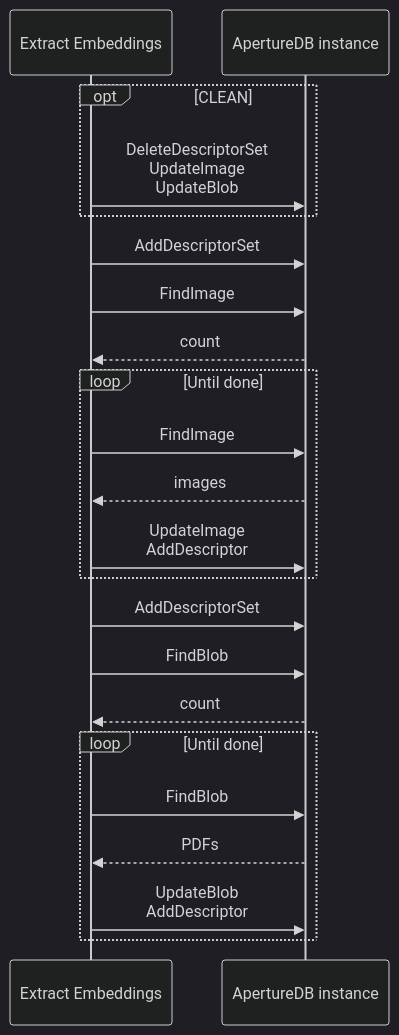
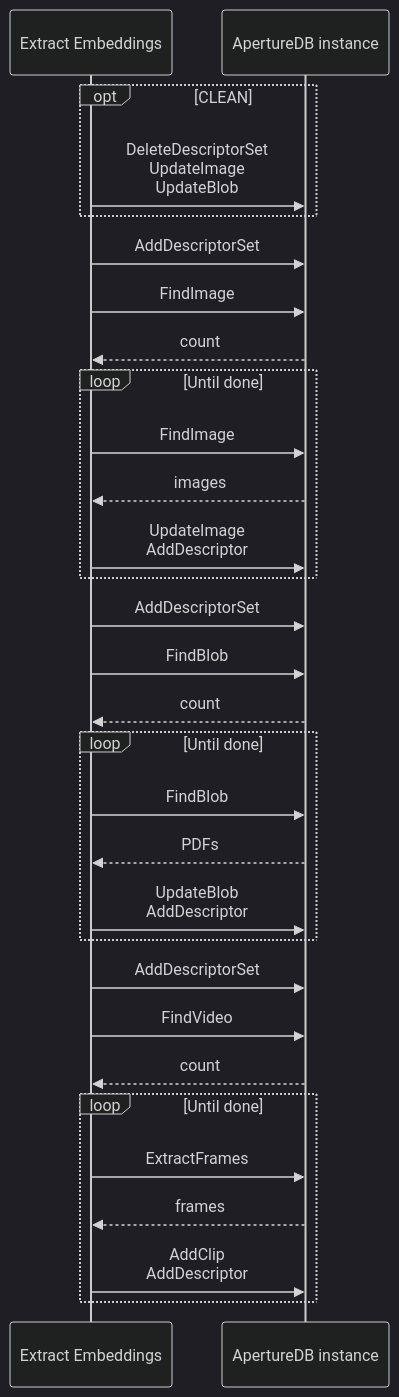
Before and after one commit to aperture-data/workflows: the diagram in apps/embeddings-extraction/README.md, drawn with Mermaid (dark theme). The commit also changed other lines of this file and 1 other file, not shown here.

````diff
--- a/apps/embeddings-extraction/README.md
+++ b/apps/embeddings-extraction/README.md
@@ -12,27 +12,36 @@
 ```mermaid
 sequenceDiagram
     participant W as Extract Embeddings
     participant A as ApertureDB instance
     opt CLEAN
         W->>A: DeleteDescriptorSet<br/>UpdateImage<br/>UpdateBlob
     end
 
     W->>A: AddDescriptorSet
     W->>A: FindImage
     A-->>W: count
     loop Until done
         W->>A: FindImage
         A-->>W: images
         W->>A: UpdateImage<br/>AddDescriptor
     end
 
     W->>A: AddDescriptorSet
     W->>A: FindBlob
     A-->>W: count
     loop Until done
         W->>A: FindBlob
         A-->>W: PDFs
         W->>A: UpdateBlob<br/>AddDescriptor
     end
 
+    W->>A: AddDescriptorSet
+    W->>A: FindVideo
+    A-->>W: count
+    loop Until done
+        W->>A: ExtractFrames
+        A-->>W: frames
+        W->>A: AddClip<br/>AddDescriptor
+    end
+
 ```
````
